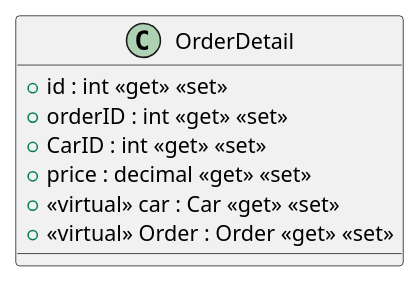
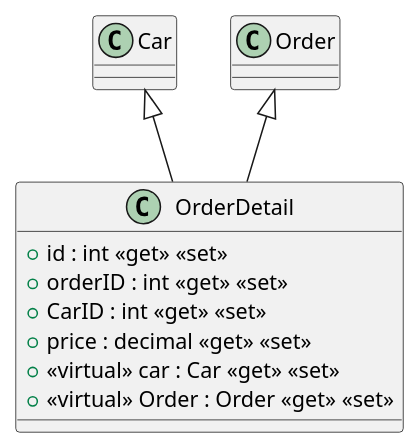
One commit to daniel2IT/CarAndGoWebApp changed the diagram in CarAndGo/Data/Models/OrderDetail.puml. Above: the diagram before and after it, drawn with PlantUML. The commit also changed 16 other files, not shown here.

```diff
--- a/CarAndGo/Data/Models/OrderDetail.puml
+++ b/CarAndGo/Data/Models/OrderDetail.puml
@@ -1,10 +1,12 @@
 @startuml
 class OrderDetail {
     + id : int <<get>> <<set>>
     + orderID : int <<get>> <<set>>
     + CarID : int <<get>> <<set>>
     + price : decimal <<get>> <<set>>
     + <<virtual>> car : Car <<get>> <<set>>
     + <<virtual>> Order : Order <<get>> <<set>>
 }
+Car <|-- OrderDetail
+Order <|-- OrderDetail
 @enduml
```
